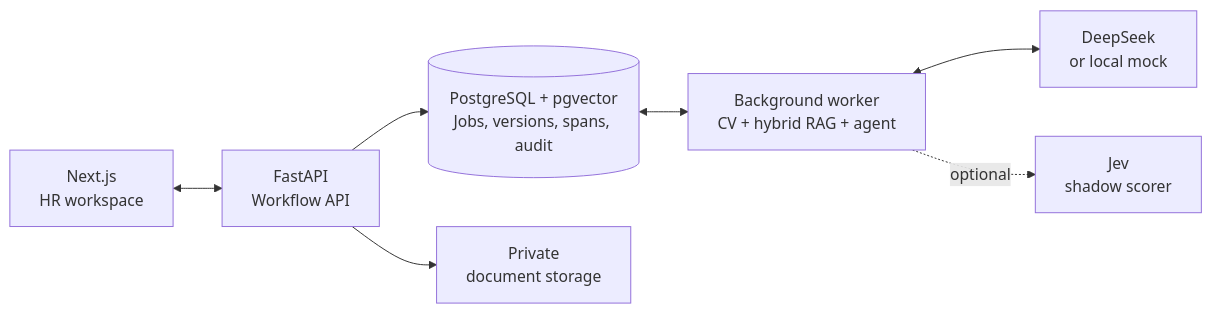
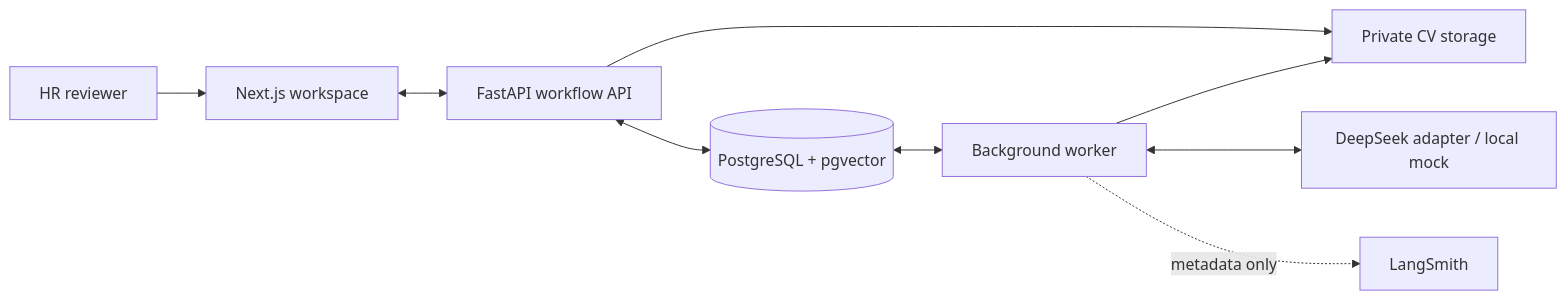
One commit to DucPh4t/TalentScreen-AI changed the first of 2 diagrams in README.md. Above: the diagram before and after it, drawn with Mermaid. The commit also changed other lines of this file, not shown here.

Commit message:
docs: restructure README for architecture and evaluation clarity

````diff
--- a/README.md
+++ b/README.md
@@ -38,9 +51,11 @@
 ```mermaid
 flowchart LR
-    WEB["Next.js<br/>HR workspace"] <--> API["FastAPI<br/>Workflow API"]
-    API --> DB[("PostgreSQL + pgvector<br/>Jobs, versions, spans, audit")]
-    API --> FILES["Private<br/>document storage"]
-    DB <--> WORKER["Background worker<br/>CV + hybrid RAG + agent"]
-    WORKER <--> PRIMARY["DeepSeek<br/>or local mock"]
-    WORKER -. optional .-> JEV["Jev<br/>shadow scorer"]
+    HR["HR reviewer"] --> WEB["Next.js workspace"]
+    WEB <--> API["FastAPI workflow API"]
+    API <--> DB[("PostgreSQL + pgvector")]
+    API --> FILES["Private CV storage"]
+    DB <--> WORKER["Background worker"]
+    WORKER --> FILES
+    WORKER <--> LLM["DeepSeek adapter / local mock"]
+    WORKER -. "metadata only" .-> TRACE["LangSmith"]
 ```
````
